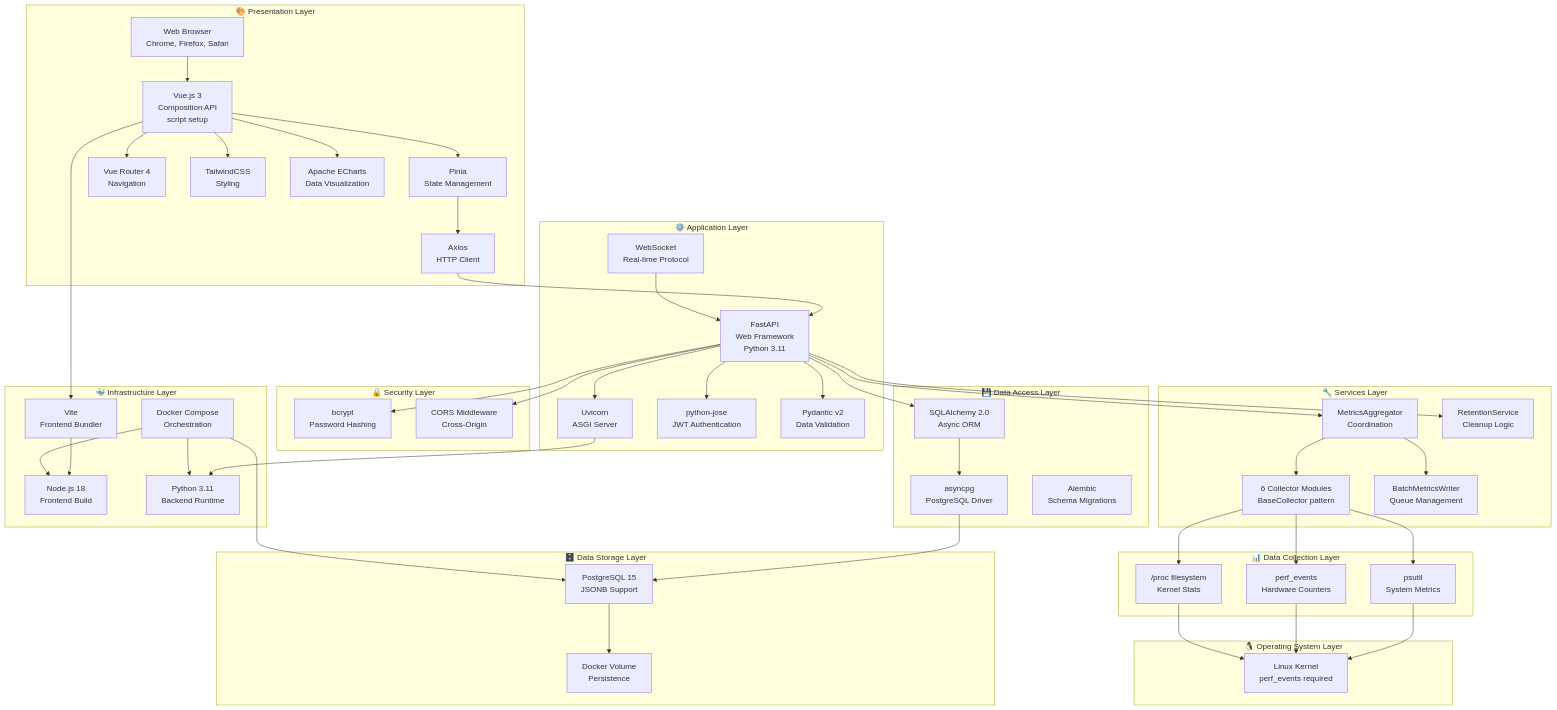
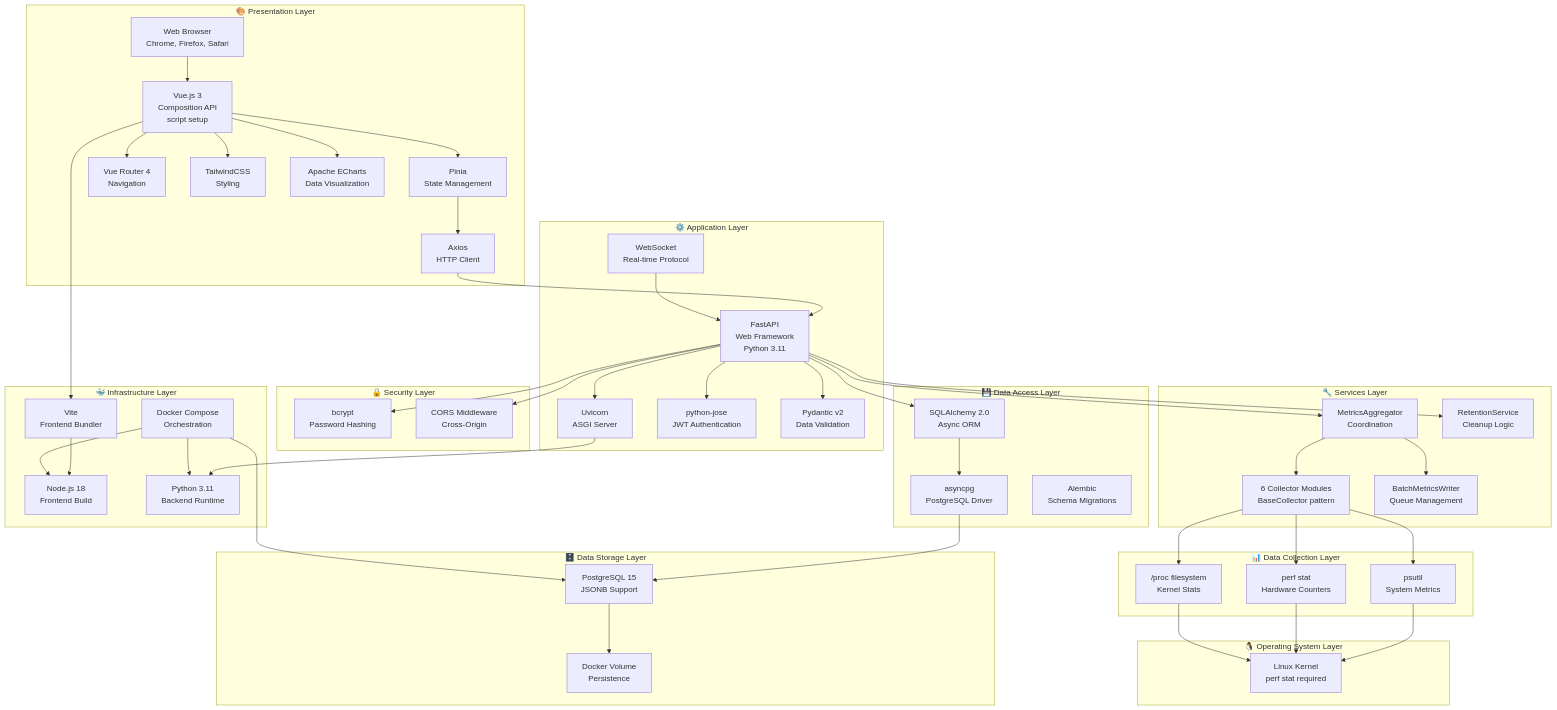
Before and after one commit to zhyndalf/perfwatch: the diagram in docs/diagrams/architects/tech-stack.md, drawn with Mermaid. The commit also changed other lines of this file and 52 other files, not shown here.

Commit message:
refactor: perf stat collector and docs sync

```diff
--- a/docs/diagrams/architects/tech-stack.md
+++ b/docs/diagrams/architects/tech-stack.md
@@ -37,7 +37,7 @@
 
     subgraph DataCollection["📊 Data Collection Layer"]
         psutil["psutil<br/>System Metrics"]
-        perf["perf_events<br/>Hardware Counters"]
+        perf["perf stat<br/>Hardware Counters"]
         proc["/proc filesystem<br/>Kernel Stats"]
     end
 
@@ -65,7 +65,7 @@
     end
 
     subgraph OS["🐧 Operating System Layer"]
-        Linux["Linux Kernel<br/>perf_events required"]
+        Linux["Linux Kernel<br/>perf stat required"]
     end
 
     Browser --> Vue
```
